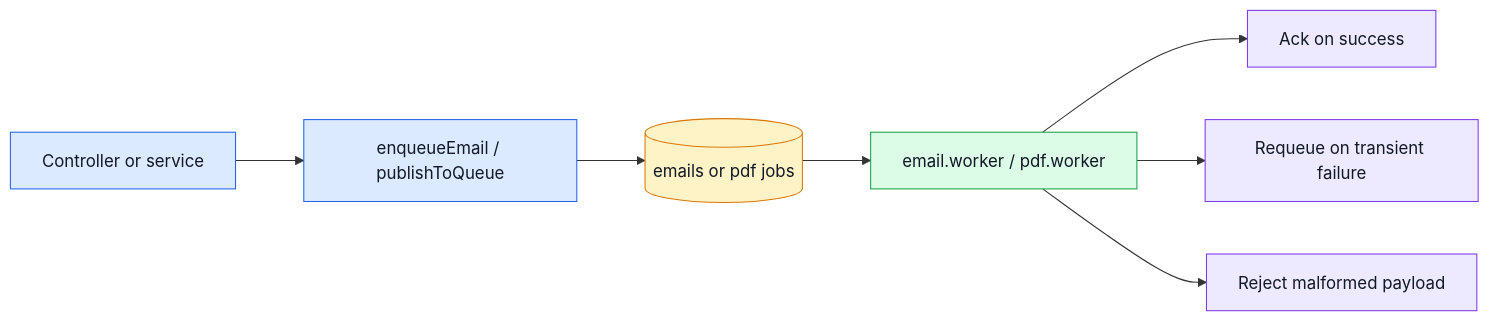
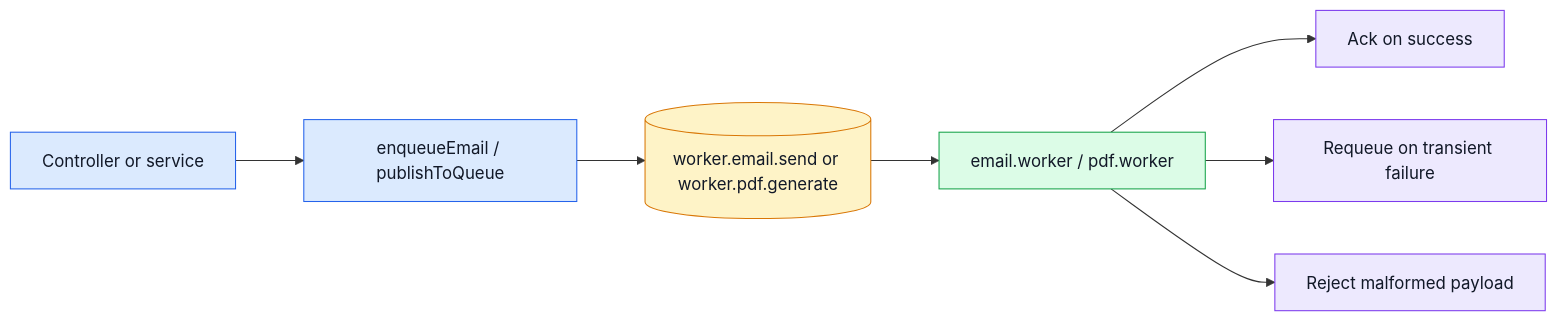
Before and after one commit to Guebbit/boilerplate-node-backend: the second of 2 diagrams in docs/tools/rabbitmq.md, drawn with Mermaid. The commit also changed other lines of this file and 25 other files, not shown here.

````diff
--- a/docs/tools/rabbitmq.md
+++ b/docs/tools/rabbitmq.md
@@ -67,19 +67,19 @@
 ```mermaid
 %%{init: {'flowchart': {'nodeSpacing': 50, 'rankSpacing': 65}}}%%
 flowchart LR
     Producer[Controller or service] --> Publish[enqueueEmail / publishToQueue]
-    Publish --> Queue[(emails or pdf jobs)]
+    Publish --> Queue[(worker.email.send or worker.pdf.generate)]
     Queue --> Consume[email.worker / pdf.worker]
     Consume --> Ack[Ack on success]
     Consume --> Retry[Requeue on transient failure]
     Consume --> Drop[Reject malformed payload]
 
     classDef app fill:#dbeafe,stroke:#2563eb,color:#111827;
     classDef queue fill:#fef3c7,stroke:#d97706,color:#111827;
     classDef worker fill:#dcfce7,stroke:#16a34a,color:#111827;
     classDef result fill:#ede9fe,stroke:#7c3aed,color:#111827;
     class Producer,Publish app;
     class Queue queue;
     class Consume worker;
     class Ack,Retry,Drop result;
 ```
````
